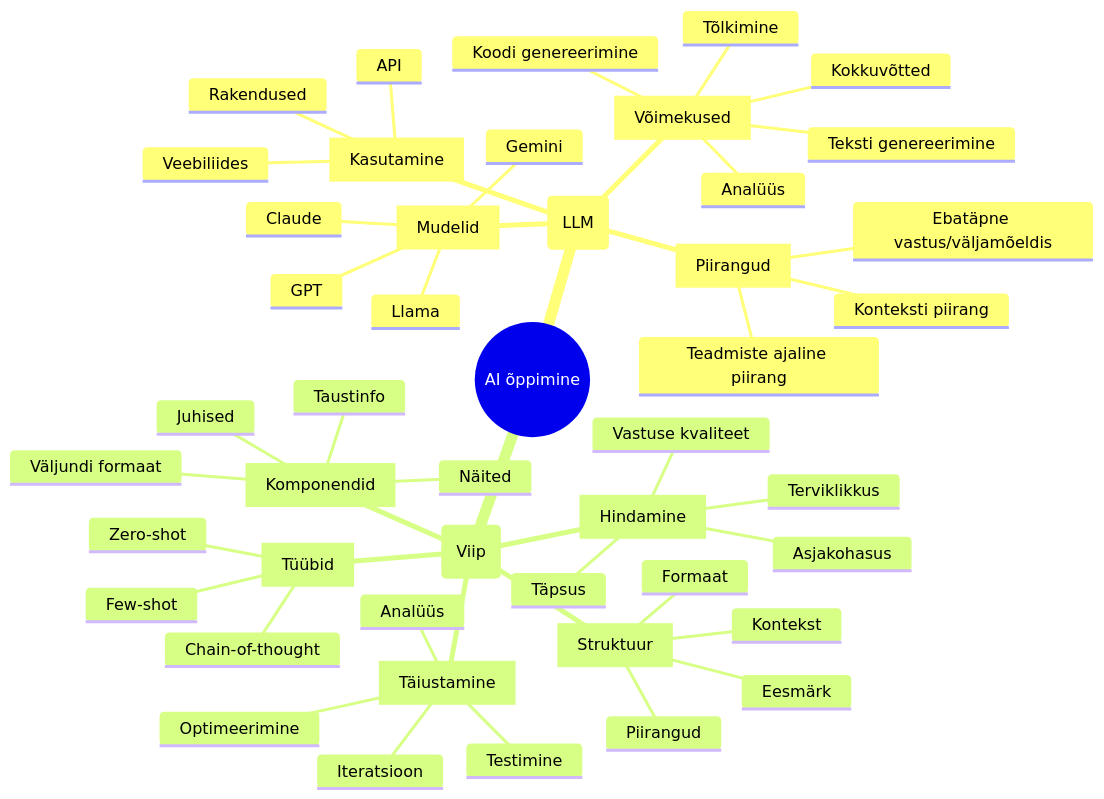
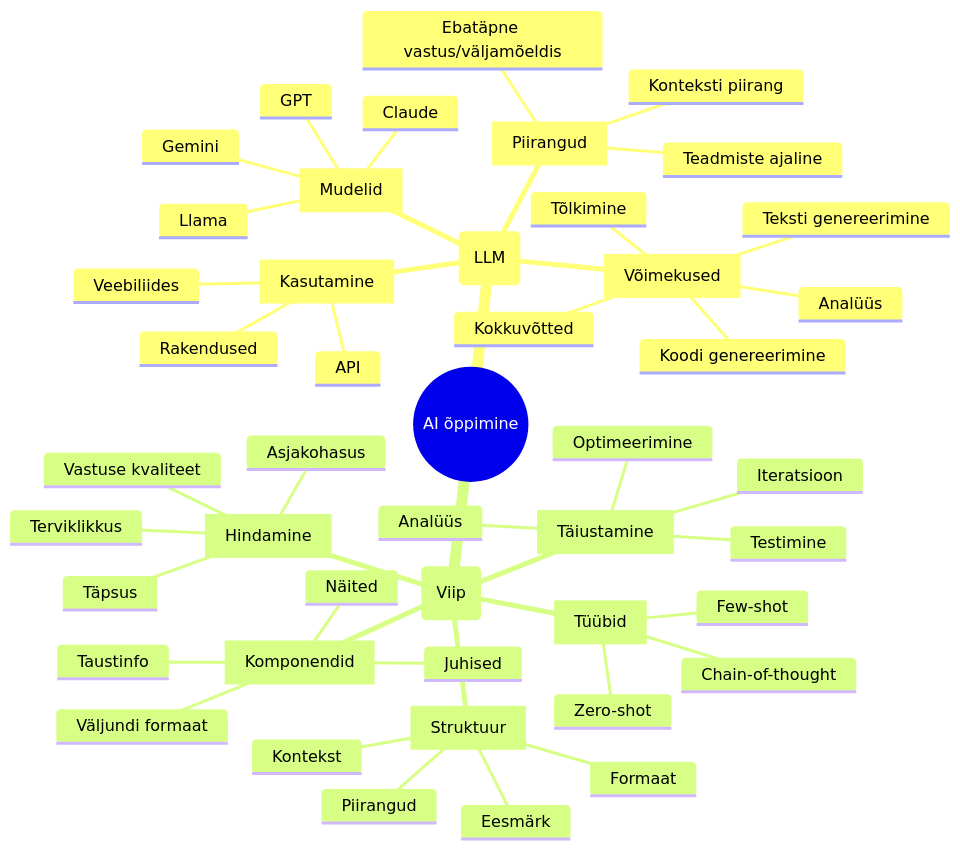
The first of 3 diagrams in README.md (TLUHK-RIF20-Juho/ai-learn), drawn with Mermaid before and after one commit.

Commit message:
docs: add mindmap to README

````diff
--- a/README.md
+++ b/README.md
@@ -11,49 +11,49 @@
 ```mermaid
 mindmap
   root((AI õppimine))
     (LLM)
         [Mudelid]
             GPT
             Claude
             Llama
             Gemini
         [Võimekused]
             Teksti genereerimine
             Analüüs
             Tõlkimine
             Kokkuvõtted
             Koodi genereerimine
         [Piirangud]
             Ebatäpne vastus/väljamõeldis
             Konteksti piirang
-            Teadmiste ajaline piirang
+            Teadmiste ajaline
         [Kasutamine]
             API
             Veebiliides
             Rakendused
     (Viip)
         [Struktuur]
             Kontekst
             Eesmärk
             Piirangud
             Formaat
         [Tüübid]
             Zero-shot
             Few-shot
             Chain-of-thought
         [Komponendid]
             Taustinfo
             Juhised
             Näited
             Väljundi formaat
         [Täiustamine]
             Iteratsioon
             Analüüs
             Optimeerimine
             Testimine
         [Hindamine]
             Vastuse kvaliteet
             Täpsus
             Asjakohasus
             Terviklikkus
 ```
````
